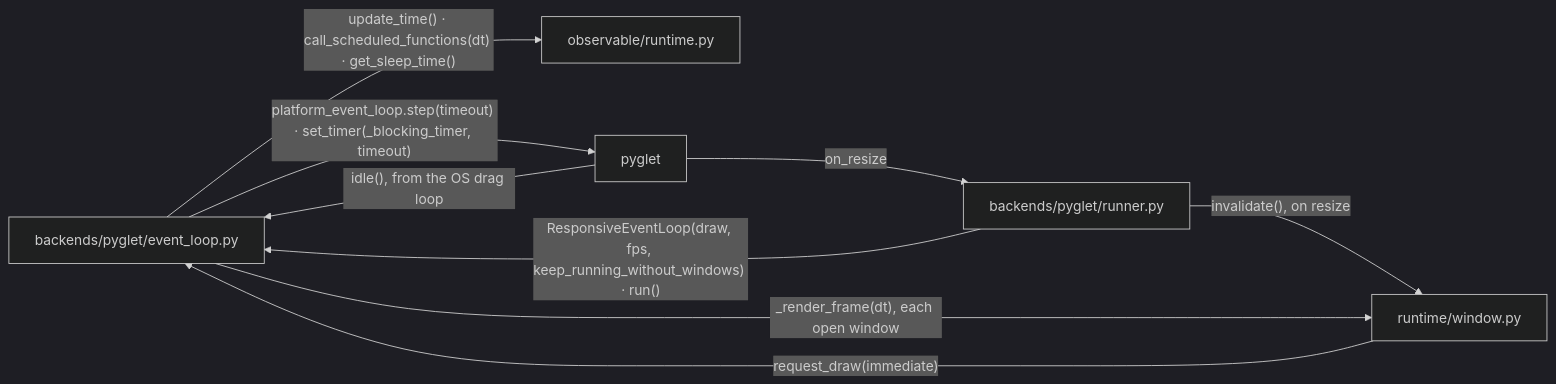
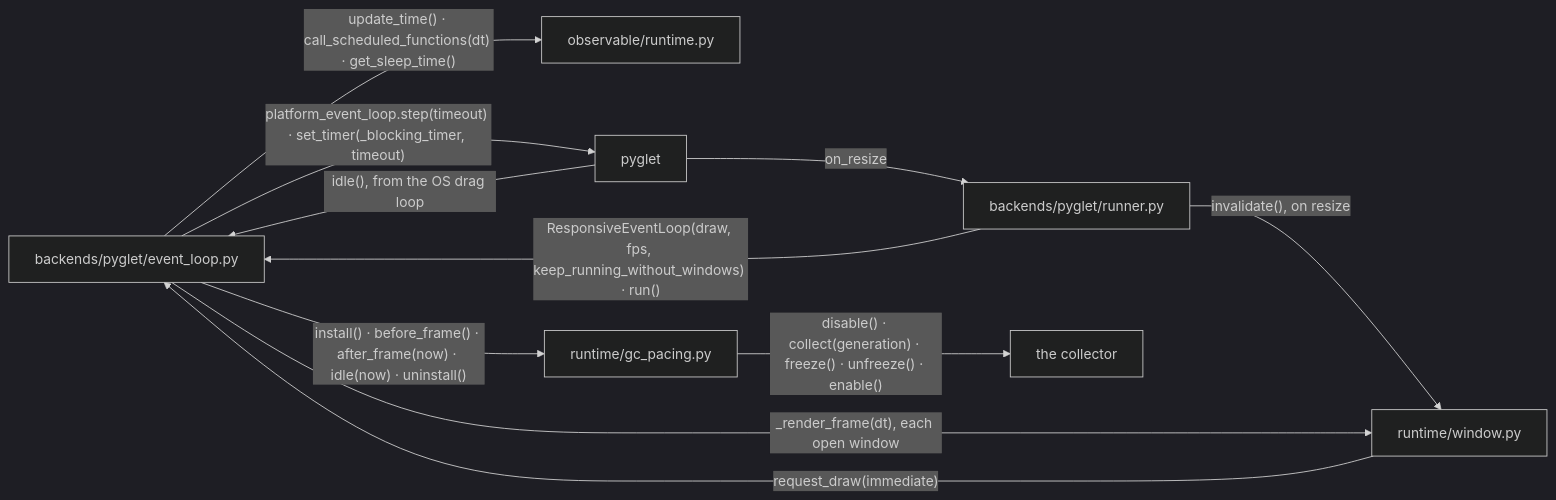
One commit to yuksblog/nuiitivet changed the second of 8 diagrams in docs/design/RENDERING_PIPELINE.md. Above: the diagram before and after it, drawn with Mermaid (dark theme). The commit also changed other lines of this file and 7 other files, not shown here.

First line of the commit message:
perf(runtime): the frame loop paces the garbage collector

````diff
--- a/docs/design/RENDERING_PIPELINE.md
+++ b/docs/design/RENDERING_PIPELINE.md
@@ -53,17 +53,21 @@
 ```mermaid
 flowchart LR
     loop[backends/pyglet/event_loop.py]
     runner[backends/pyglet/runner.py]
     window[runtime/window.py]
     clock[observable/runtime.py]
+    pacer[runtime/gc_pacing.py]
     pyglet[pyglet]
+    collector[the collector]
 
     runner -- "ResponsiveEventLoop(draw, fps, keep_running_without_windows) · run()" --> loop
     runner -- "invalidate(), on resize" --> window
     window -- "request_draw(immediate)" --> loop
     loop -- "_render_frame(dt), each open window" --> window
     loop -- "update_time() · call_scheduled_functions(dt) · get_sleep_time()" --> clock
+    loop -- "install() · before_frame() · after_frame(now) · idle(now) · uninstall()" --> pacer
+    pacer -- "disable() · collect(generation) · freeze() · unfreeze() · enable()" --> collector
     loop -- "platform_event_loop.step(timeout) · set_timer(_blocking_timer, timeout)" --> pyglet
     pyglet -- "idle(), from the OS drag loop" --> loop
     pyglet -- "on_resize" --> runner
 ```
````
